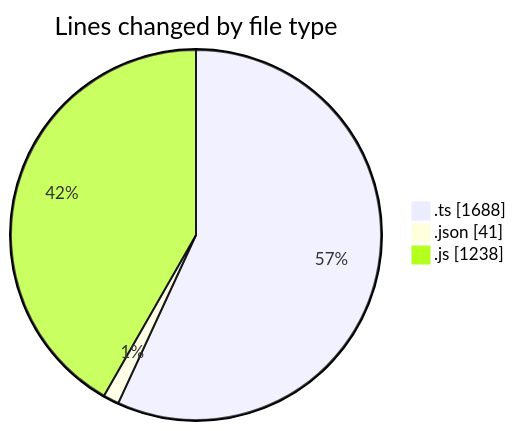
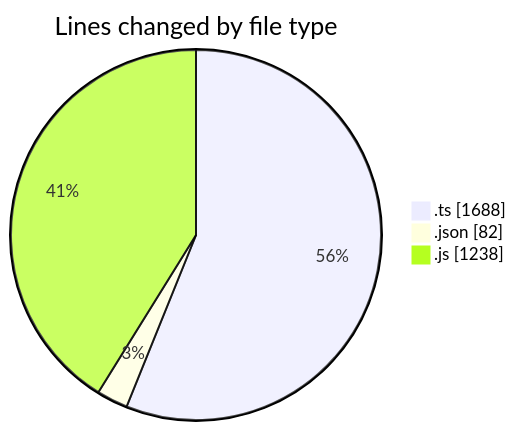
Before and after one commit to momahboobian/code-tracking: the first of 2 diagrams in 2025-07-30/cda/README.md, drawn with Mermaid. The commit also changed other lines of this file and 1 other file, not shown here.

````diff
--- a/2025-07-30/cda/README.md
+++ b/2025-07-30/cda/README.md
@@ -25,7 +25,7 @@
 ```mermaid
 pie showData
 title Lines changed by file type
 ".ts" : 1688
-".json" : 41
+".json" : 82
 ".js" : 1238
 ```
````
